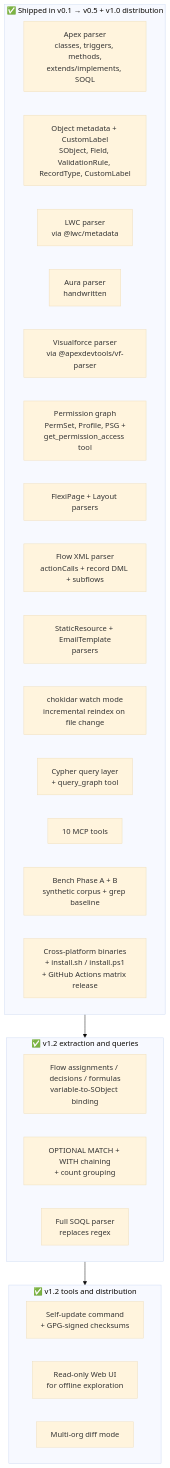
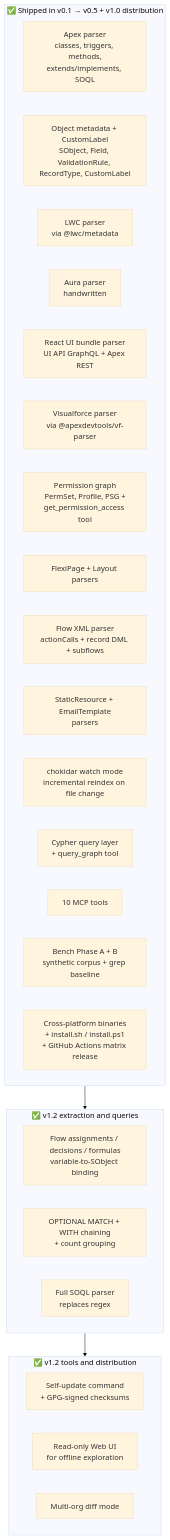
The second of 2 diagrams in README.md (Marceswan/Spindle), drawn with Mermaid (base theme) before and after one commit. The commit also changed other lines of this file and 32 other files, not shown here.

````diff
--- a/README.md
+++ b/README.md
@@ -304,33 +304,34 @@
 ```mermaid
 graph TB
     subgraph Done[" ✅ Shipped in v0.1 → v0.5 + v1.0 distribution "]
         Apex2[Apex parser<br/>classes, triggers, methods,<br/>extends/implements, SOQL]
         Meta2[Object metadata + CustomLabel<br/>SObject, Field, ValidationRule, RecordType, CustomLabel]
         LWC2[LWC parser<br/>via @lwc/metadata]
         Aura2[Aura parser<br/>handwritten]
+        UiBundle2[React UI bundle parser<br/>UI API GraphQL + Apex REST]
         VF2[Visualforce parser<br/>via @apexdevtools/vf-parser]
         Perm3[Permission graph<br/>PermSet, Profile, PSG +<br/>get_permission_access tool]
         FlexLayout3[FlexiPage + Layout parsers]
         Flow3[Flow XML parser<br/>actionCalls + record DML + subflows]
         StaticEmail4[StaticResource + EmailTemplate<br/>parsers]
         Watch4[chokidar watch mode<br/>incremental reindex on file change]
         Cypher5[Cypher query layer<br/>+ query_graph tool]
         Tools2[10 MCP tools]
         Bench2[Bench Phase A + B<br/>synthetic corpus + grep baseline]
         Dist1[Cross-platform binaries<br/>+ install.sh / install.ps1<br/>+ GitHub Actions matrix release]
     end
 
     subgraph Soon[" ✅ v1.2 extraction and queries "]
         FlowAdv4[Flow assignments / decisions / formulas<br/>variable-to-SObject binding]
         OptCypher[OPTIONAL MATCH + WITH chaining<br/>+ count grouping]
         SOQL4[Full SOQL parser<br/>replaces regex]
     end
 
     subgraph Later[" ✅ v1.2 tools and distribution "]
         SelfUpdate[Self-update command<br/>+ GPG-signed checksums]
         WebUI[Read-only Web UI<br/>for offline exploration]
         Diff[Multi-org diff mode]
     end
 
     Done --> Soon --> Later
 ```
````
